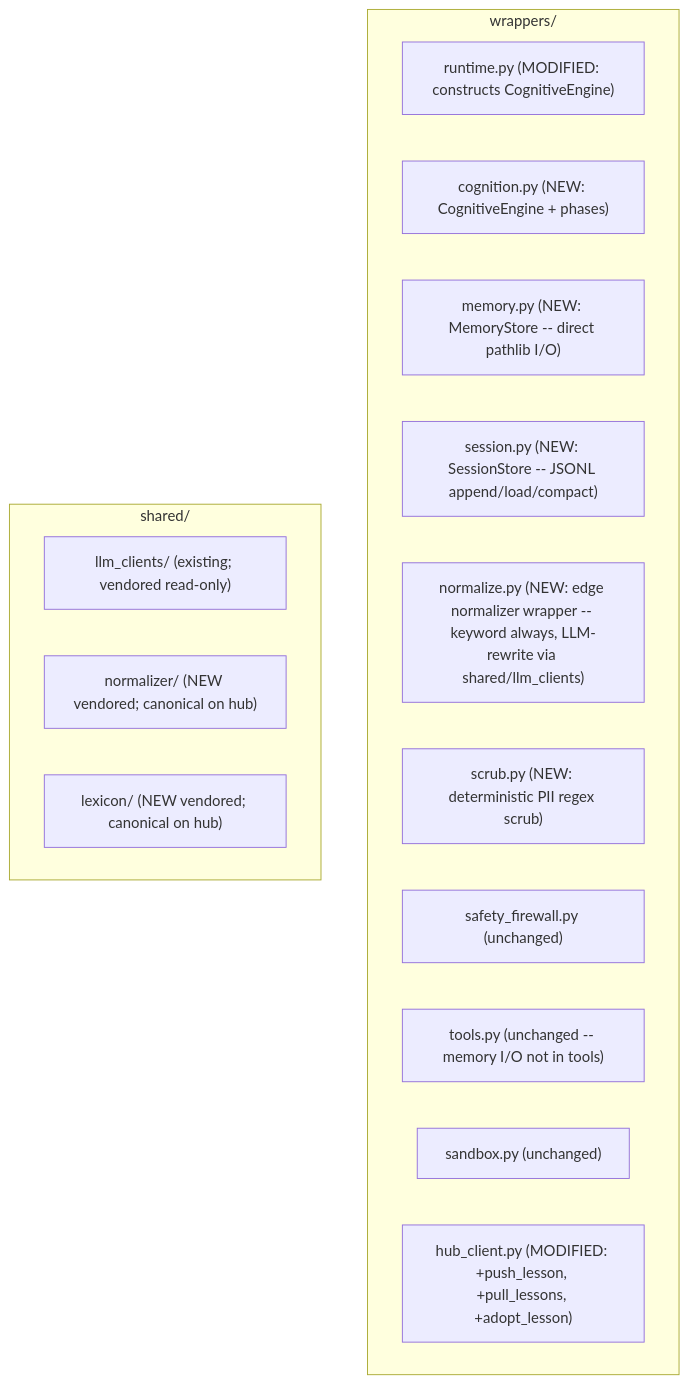
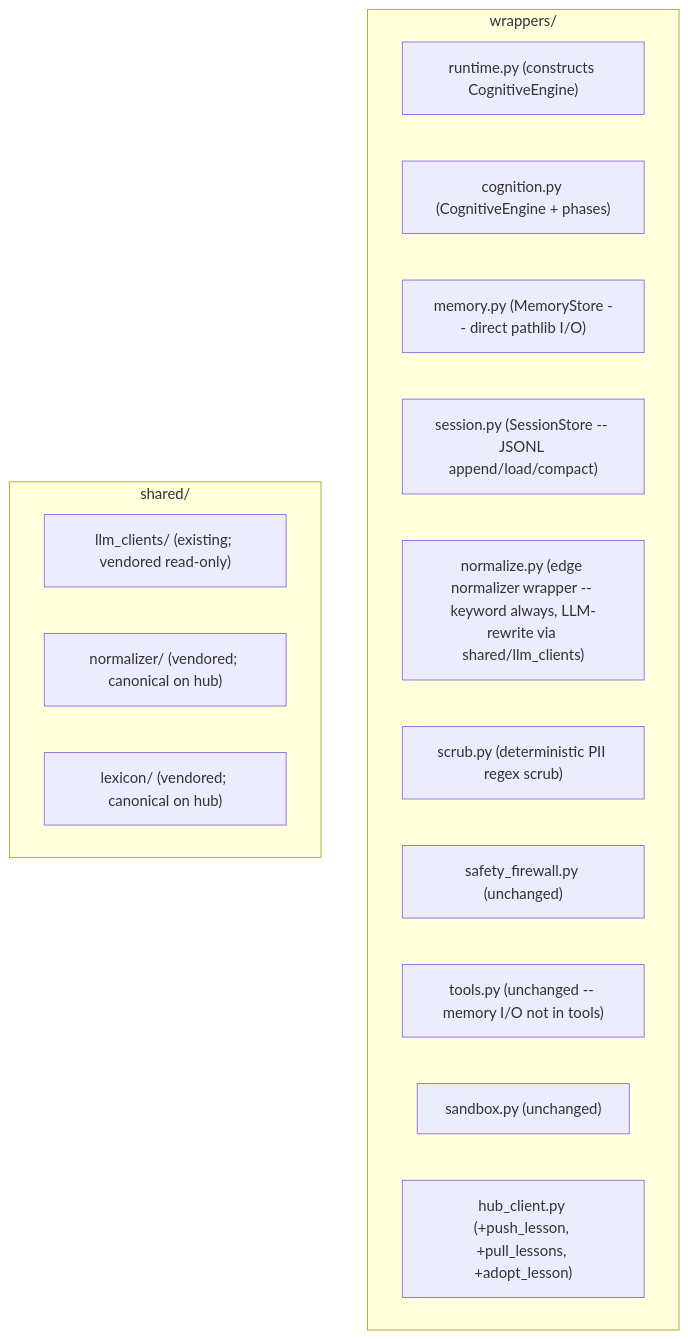
The third of 3 diagrams in docs/COGNITIVE_ARCHITECTURE.md (kideconomy/kidecon-agent), drawn with Mermaid before and after one commit. The commit also changed other lines of this file, not shown here.

Commit message:
Cognitive cleanup (docs)

````diff
--- a/docs/COGNITIVE_ARCHITECTURE.md
+++ b/docs/COGNITIVE_ARCHITECTURE.md
@@ -416,20 +415,20 @@
 ```mermaid
 graph TD
     subgraph "wrappers/"
-        RUNTIME["runtime.py (MODIFIED: constructs CognitiveEngine)"]
-        COG["cognition.py (NEW: CognitiveEngine + phases)"]
-        MEM["memory.py (NEW: MemoryStore -- direct pathlib I/O)"]
-        SESS["session.py (NEW: SessionStore -- JSONL append/load/compact)"]
-        NORM["normalize.py (NEW: edge normalizer wrapper -- keyword always, LLM-rewrite via shared/llm_clients)"]
-        SCRUB["scrub.py (NEW: deterministic PII regex scrub)"]
+        RUNTIME["runtime.py (constructs CognitiveEngine)"]
+        COG["cognition.py (CognitiveEngine + phases)"]
+        MEM["memory.py (MemoryStore -- direct pathlib I/O)"]
+        SESS["session.py (SessionStore -- JSONL append/load/compact)"]
+        NORM["normalize.py (edge normalizer wrapper -- keyword always, LLM-rewrite via shared/llm_clients)"]
+        SCRUB["scrub.py (deterministic PII regex scrub)"]
         SAFETY["safety_firewall.py (unchanged)"]
         TOOLS["tools.py (unchanged -- memory I/O not in tools)"]
         SAND["sandbox.py (unchanged)"]
-        HC["hub_client.py (MODIFIED: +push_lesson, +pull_lessons, +adopt_lesson)"]
+        HC["hub_client.py (+push_lesson, +pull_lessons, +adopt_lesson)"]
     end
     subgraph "shared/"
         LLM["llm_clients/ (existing; vendored read-only)"]
-        SH_NORM["normalizer/ (NEW vendored; canonical on hub)"]
-        LEX["lexicon/ (NEW vendored; canonical on hub)"]
+        SH_NORM["normalizer/ (vendored; canonical on hub)"]
+        LEX["lexicon/ (vendored; canonical on hub)"]
     end
 ```
````
